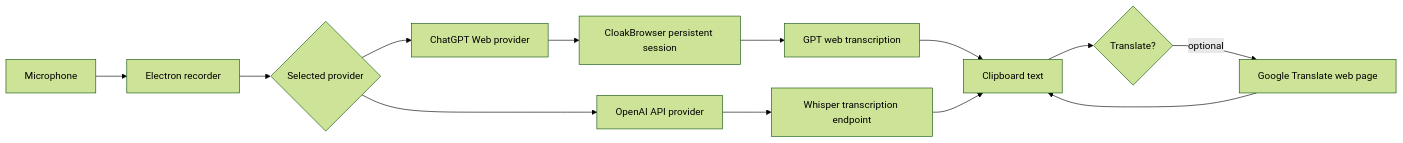
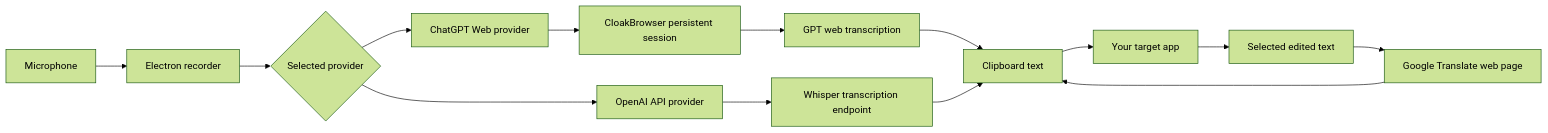
The diagram in README.md (swimmwatch/gpt-voice), drawn with Mermaid (forest theme) before and after one commit. The commit also changed other lines of this file and 23 other files, not shown here.

Commit message:
feat: add selected-text translation hotkey

````diff
--- a/README.md
+++ b/README.md
@@ -51,15 +51,16 @@
 ```mermaid
 flowchart LR
   Mic[Microphone] --> Recorder[Electron recorder]
   Recorder --> Provider{Selected provider}
   Provider --> Web[ChatGPT Web provider]
   Web --> Browser[CloakBrowser persistent session]
   Browser --> ChatGPT[GPT web transcription]
   Provider --> API[OpenAI API provider]
   API --> Whisper[Whisper transcription endpoint]
   ChatGPT --> Clipboard[Clipboard text]
   Whisper --> Clipboard
-  Clipboard --> Translate{Translate?}
-  Translate -->|optional| Google[Google Translate web page]
+  Clipboard --> Editor[Your target app]
+  Editor --> Selection[Selected edited text]
+  Selection --> Google[Google Translate web page]
   Google --> Clipboard
 ```
````
